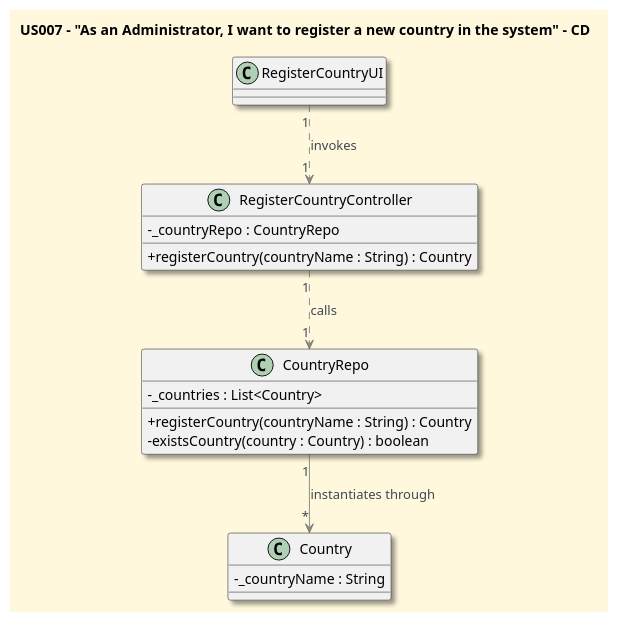
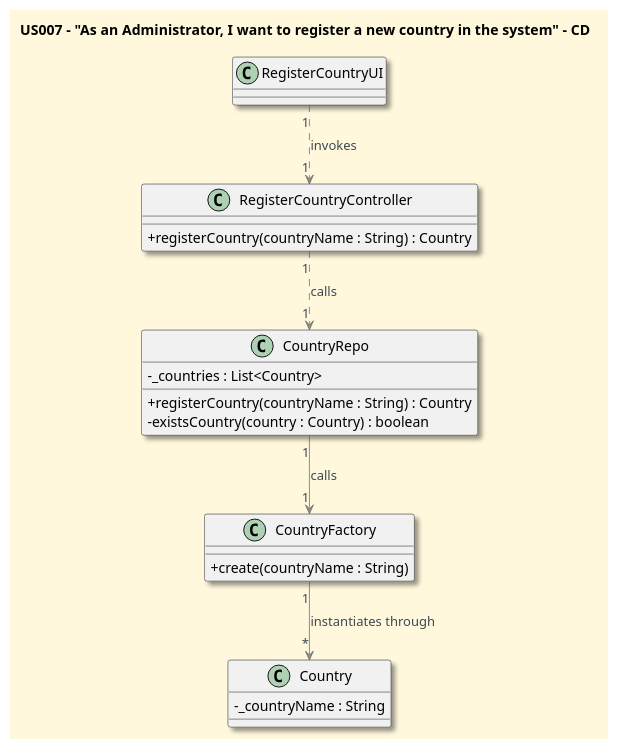
The diagram in docs/userStories/US007/US007_register_a_country_CD.puml (CarolinaLeite-collab/JavaMarketplacePlatform), drawn with PlantUML before and after one commit.

Commit message:
Update US007 CD to reflect adding CountryFactory (#223 #155)

```diff
--- a/docs/userStories/US007/US007_register_a_country_CD.puml
+++ b/docs/userStories/US007/US007_register_a_country_CD.puml
@@ -1,38 +1,41 @@
 @startuml
 '==== Title ====
 title US007 - "As an Administrator, I want to register a new country in the system" - CD
 top to bottom direction
 
 '==== basic style ====
 skinparam monochrome false
 skinparam shadowing true
 skinparam defaultFontName Futura
 skinparam objectFontSize 20
 skinparam backgroundColor CornSilk
 skinparam objectBackgroundColor WhiteSmoke
 skinparam noteBackgroundColor #FFFFE0
 skinparam ArrowFontColor #3B4953
 skinparam ArrowColor #57595BAA
 skinparam classAttributeIconSize 0
 
 '==== entities ====
 Class Country {
 - _countryName : String
 }
+Class CountryFactory {
++ create(countryName : String)
+}
 Class CountryRepo {
 - _countries : List<Country>
 + registerCountry(countryName : String) : Country
 - existsCountry(country : Country) : boolean
 }
 Class RegisterCountryController {
-- _countryRepo : CountryRepo
 + registerCountry(countryName : String) : Country
 }
 Class RegisterCountryUI {}
 
 '==== connections ====
-CountryRepo "1" --> "*" Country: instantiates through
+CountryFactory "1" --> "*" Country: instantiates through
+CountryRepo "1" --> "1" CountryFactory: calls
 RegisterCountryController  "1" ..> "1" CountryRepo: calls
 RegisterCountryUI "1" ..> "1" RegisterCountryController: invokes
 
 @enduml
```
